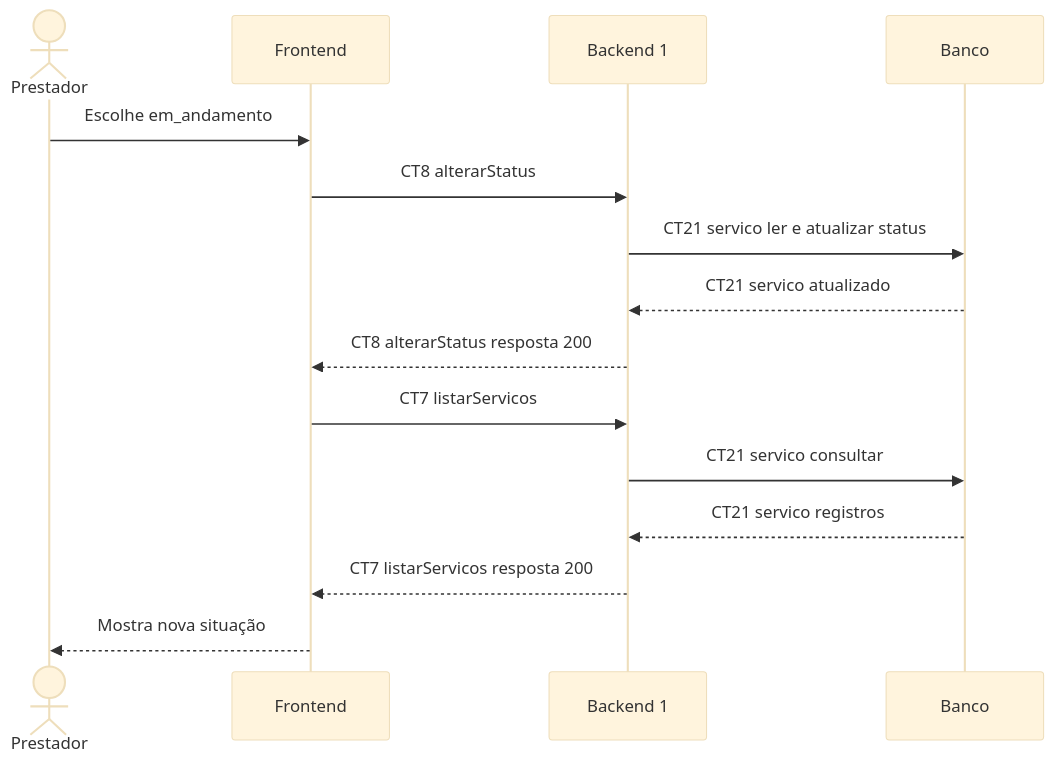
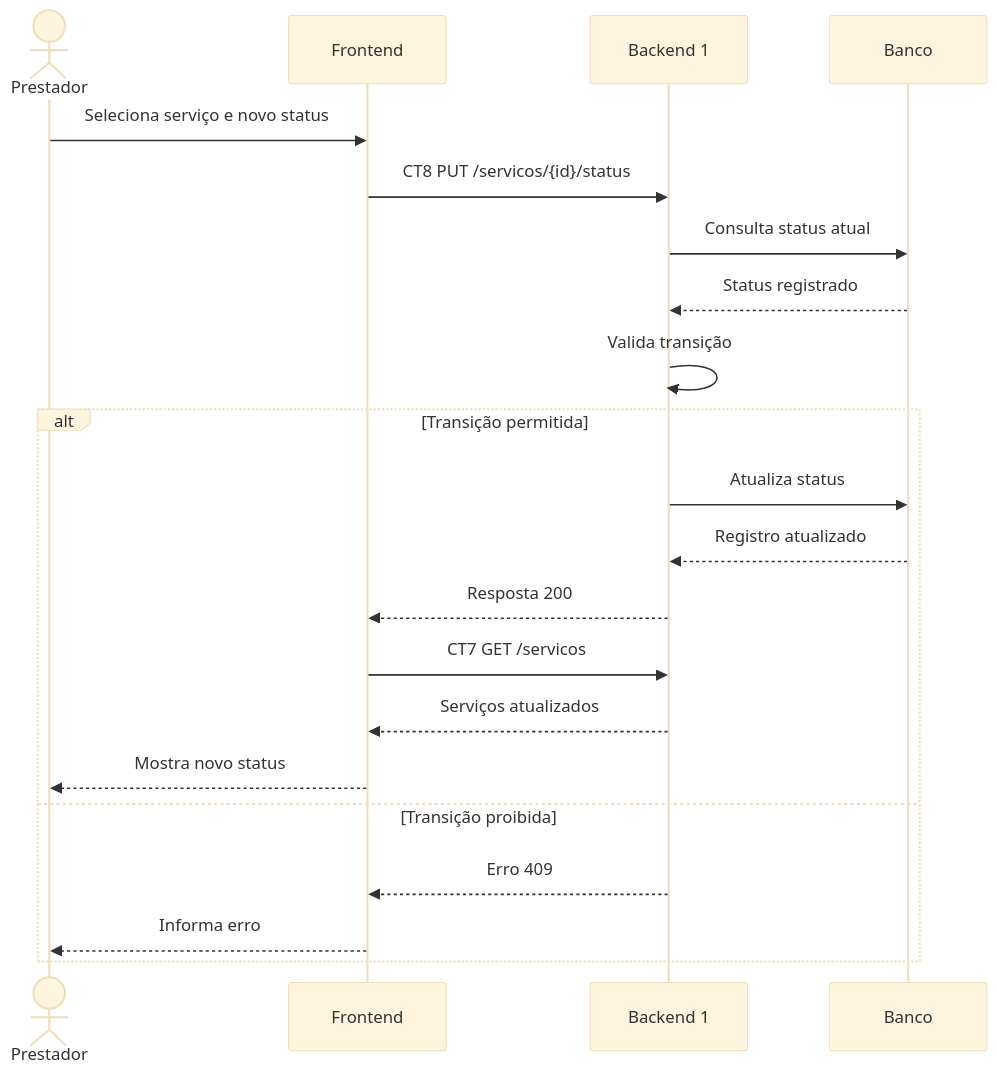
Before and after one commit to vnsete/pi4-0102-g3-frontend: the diagram in pi4-0102-g3-frontend/docs/fluxos/E5.md, drawn with Mermaid (base theme). The commit also changed other lines of this file, not shown here.

````diff
--- a/pi4-0102-g3-frontend/docs/fluxos/E5.md
+++ b/pi4-0102-g3-frontend/docs/fluxos/E5.md
@@ -19,17 +21,24 @@
 ```mermaid
 sequenceDiagram
     actor P as Prestador
     participant F as Frontend
     participant B1 as Backend 1
     participant DB as Banco
-    P->>F: Escolhe em_andamento
-    F->>B1: CT8 alterarStatus
-    B1->>DB: CT21 servico ler e atualizar status
-    DB-->>B1: CT21 servico atualizado
-    B1-->>F: CT8 alterarStatus resposta 200
-    F->>B1: CT7 listarServicos
-    B1->>DB: CT21 servico consultar
-    DB-->>B1: CT21 servico registros
-    B1-->>F: CT7 listarServicos resposta 200
-    F-->>P: Mostra nova situação
+
+    P->>F: Seleciona serviço e novo status
+    F->>B1: CT8 PUT /servicos/{id}/status
+    B1->>DB: Consulta status atual
+    DB-->>B1: Status registrado
+    B1->>B1: Valida transição
+    alt Transição permitida
+        B1->>DB: Atualiza status
+        DB-->>B1: Registro atualizado
+        B1-->>F: Resposta 200
+        F->>B1: CT7 GET /servicos
+        B1-->>F: Serviços atualizados
+        F-->>P: Mostra novo status
+    else Transição proibida
+        B1-->>F: Erro 409
+        F-->>P: Informa erro
+    end
 ```
````
